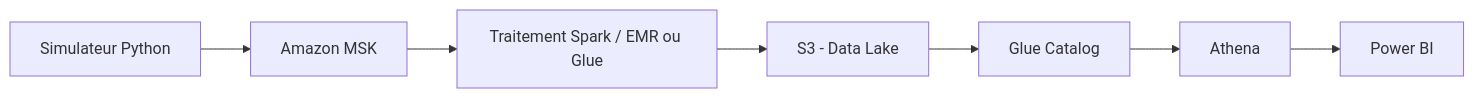
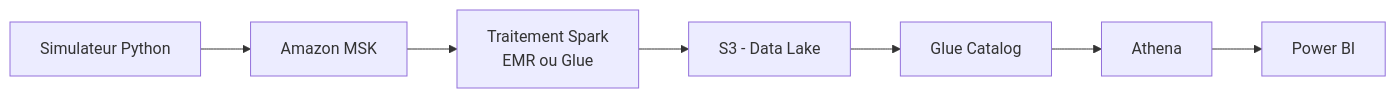
The second of 2 diagrams in README.md (thcarole1/ev-powertrain-manufacturing_analytics), drawn with Mermaid before and after one commit. The commit also changed other lines of this file, not shown here.

````diff
--- a/README.md
+++ b/README.md
@@ -32,9 +32,9 @@
 ```mermaid
 flowchart LR
-    A[Simulateur Python] --> B[Amazon MSK]
-    B --> C[Traitement Spark / EMR ou Glue]
-    C --> D[S3 - Data Lake]
-    D --> E[Glue Catalog]
-    E --> F[Athena]
-    F --> G[Power BI]
+    A["Simulateur Python"] --> B["Amazon MSK"]
+    B --> C["Traitement Spark<br/>EMR ou Glue"]
+    C --> D["S3 - Data Lake"]
+    D --> E["Glue Catalog"]
+    E --> F["Athena"]
+    F --> G["Power BI"]
 ```
````
